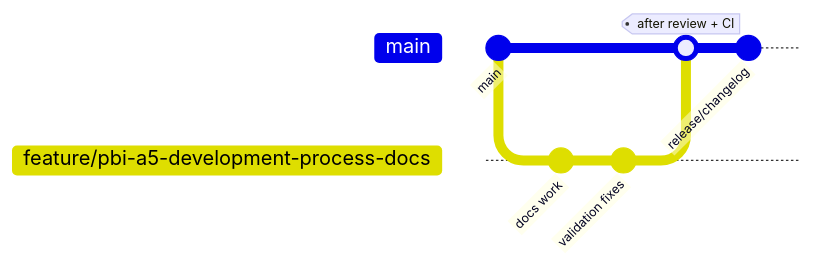
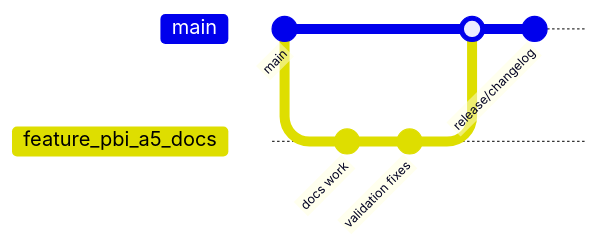
Before and after one commit to Innopolis-Robotics-Society/FaceGuardV1: the diagram in docs/development-process.md, drawn with Mermaid.

Commit message:
docs: fix mermaid gitgraph rendering

````diff
--- a/docs/development-process.md
+++ b/docs/development-process.md
@@ -81,11 +81,11 @@
 ```mermaid
 gitGraph
    commit id: "main"
-   branch feature/pbi-a5-development-process-docs
-   checkout feature/pbi-a5-development-process-docs
+   branch feature_pbi_a5_docs
+   checkout feature_pbi_a5_docs
    commit id: "docs work"
    commit id: "validation fixes"
    checkout main
-   merge feature/pbi-a5-development-process-docs tag: "after review + CI"
+   merge feature_pbi_a5_docs
   commit id: "release/changelog"
 ```
````
